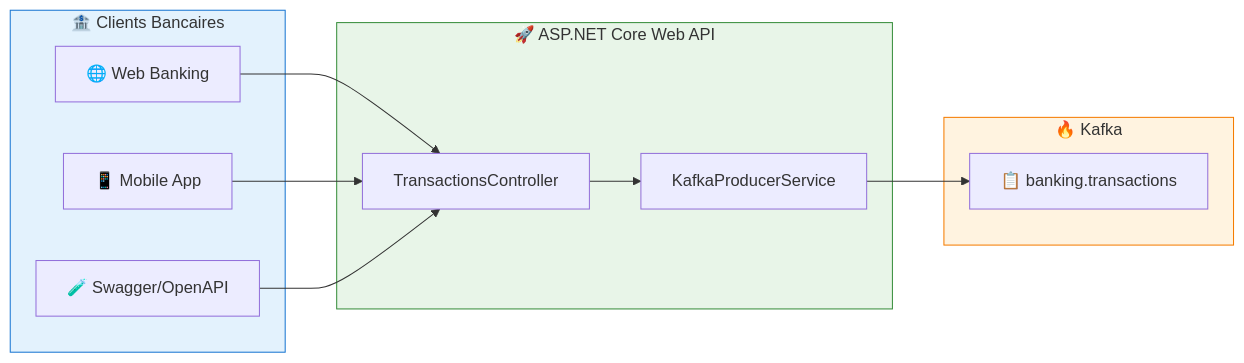
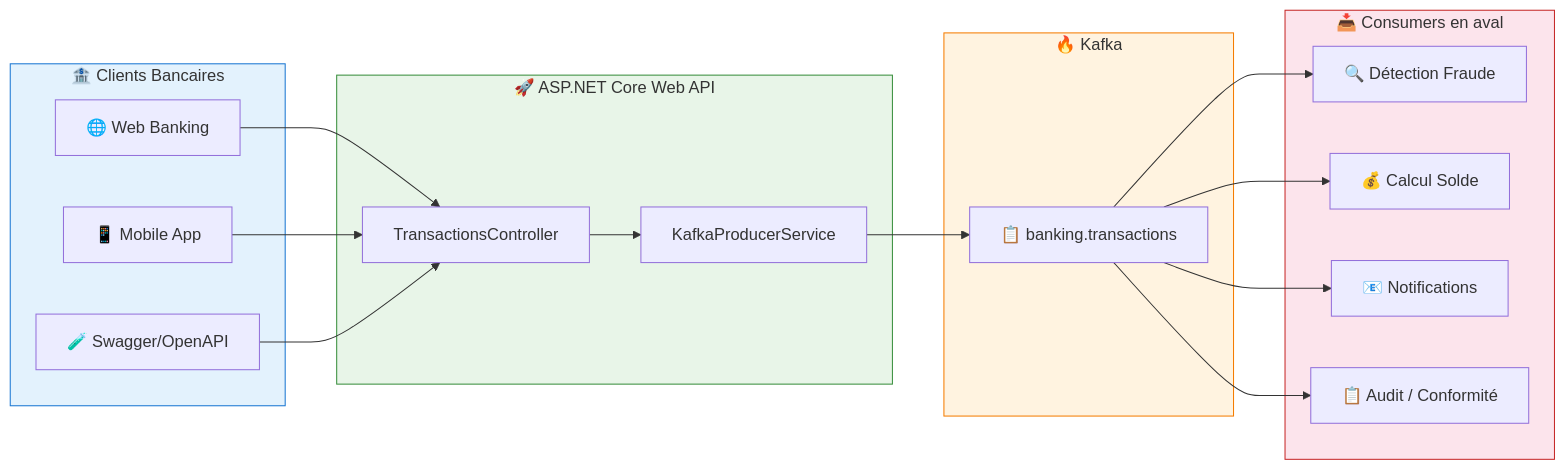
One commit to msellamiTN/formation--kafka-dotnet changed the first of 5 diagrams in day-01-foundations/module-02-producer/lab-1.2a-producer-basic/README.md. Above: the diagram before and after it, drawn with Mermaid. The commit also changed other lines of this file and 1 other file, not shown here.

First line of the commit message:
fix: Correct nested openshift directory path in orchestrator script and enhance LAB 1.2A with e-banking context and detailed sequence diagrams

````diff
--- a/day-01-foundations/module-02-producer/lab-1.2a-producer-basic/README.md
+++ b/day-01-foundations/module-02-producer/lab-1.2a-producer-basic/README.md
@@ -9,27 +13,39 @@
 ```mermaid
 flowchart LR
     subgraph Clients["🏦 Clients Bancaires"]
         Web["🌐 Web Banking"]
         Mobile["📱 Mobile App"]
         Swagger["🧪 Swagger/OpenAPI"]
     end
 
     subgraph API["🚀 ASP.NET Core Web API"]
         TC["TransactionsController"]
         KPS["KafkaProducerService"]
     end
 
     subgraph Kafka["🔥 Kafka"]
         T["📋 banking.transactions"]
     end
 
+    subgraph Consumers["📥 Consumers en aval"]
+        FR["🔍 Détection Fraude"]
+        BAL["💰 Calcul Solde"]
+        NOT["📧 Notifications"]
+        AUD["📋 Audit / Conformité"]
+    end
+
     Web --> TC
     Mobile --> TC
     Swagger --> TC
     TC --> KPS
     KPS --> T
+    T --> FR
+    T --> BAL
+    T --> NOT
+    T --> AUD
 
     style Clients fill:#e3f2fd,stroke:#1976d2
     style API fill:#e8f5e8,stroke:#388e3c
     style Kafka fill:#fff3e0,stroke:#f57c00
+    style Consumers fill:#fce4ec,stroke:#c62828
 ```
````
